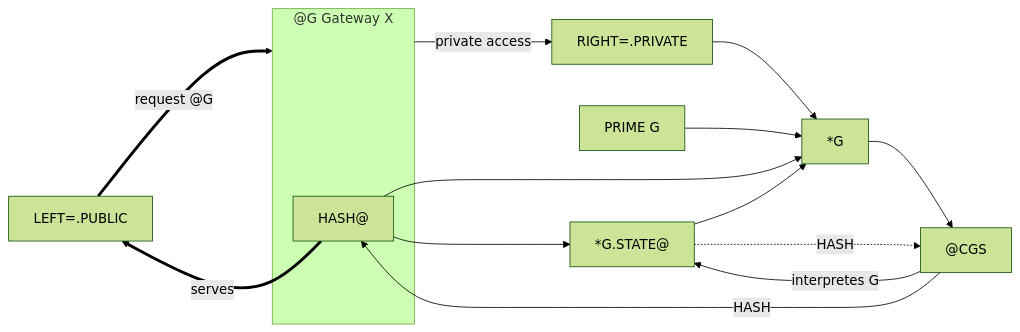
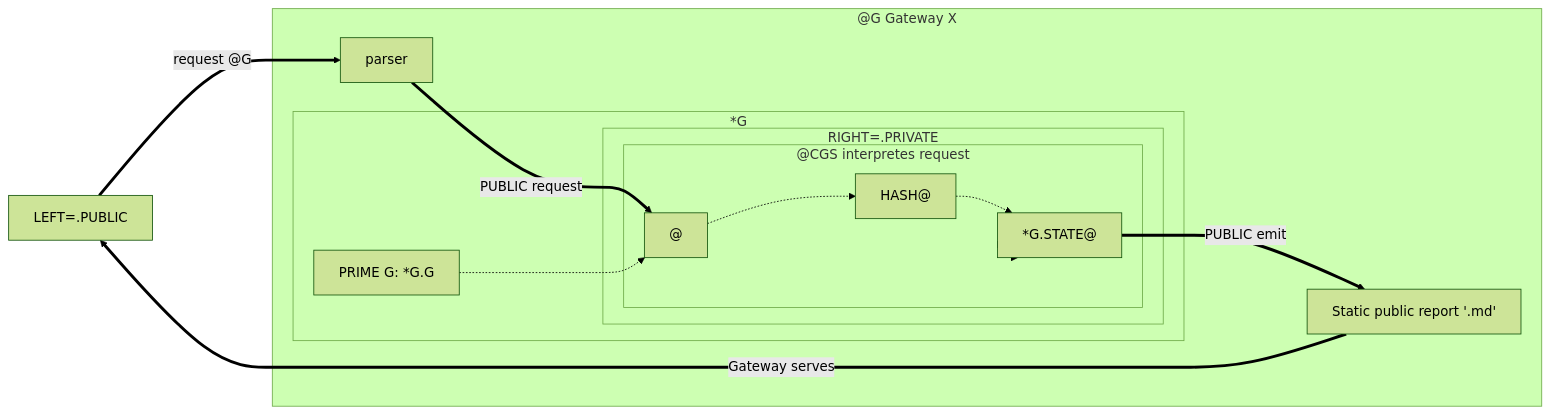
Before and after one commit to flipoyo/ComplexGitSync: the diagram in *G-STATE@-PUBLIC-PRIVATE-GATEWAY.md, drawn with Mermaid (forest theme).

Commit message:
Updated PUBLIC/PRIVATE

````diff
--- a/*G-STATE@-PUBLIC-PRIVATE-GATEWAY.md
+++ b/*G-STATE@-PUBLIC-PRIVATE-GATEWAY.md
@@ -8,28 +8,51 @@
 ```mermaid
 flowchart LR
 
 PUBLIC["LEFT=.PUBLIC"]
-PRIVATE["RIGHT=.PRIVATE"]
-ONTOLOGY["PRIME G"]
-LIVING["*G"]
-CGS["@CGS"]
-STATE["*G.STATE@"]
 
 subgraph X["@G Gateway X"]
-    CORE["HASH@"]
+  
+  PARSER["parser"]
+  REPORT["Static public report '.md'"]
+
+
+    subgraph LIVING["*G"]
+        ONTOLOGY["PRIME G: *G.G"]
+        subgraph PRIVATE["RIGHT=.PRIVATE"]
+            
+              subgraph CGS["@CGS interpretes   request"]
+            TIMESTAMP["@"]
+            HASH["HASH@"]
+            STATE["*G.STATE@"]
+        end
+
+           
+        
+        end
+
+
+        
+      
+        
+    end
 end
 
-PUBLIC ==>|request @G| X
-X -->|private access| PRIVATE
-PRIVATE --> LIVING
-ONTOLOGY --> LIVING
-LIVING --> CGS
 
-CGS --> |interpretes G| STATE
-STATE -.-> |HASH| CGS
-CGS --> |HASH| CORE
-CORE ==>|serves| PUBLIC
-CORE --> STATE
-CORE --> LIVING
+
+
+
+PUBLIC ==>|request @G| PARSER
+PARSER ==> |PUBLIC request| TIMESTAMP
+ONTOLOGY -.-> TIMESTAMP
+
+CGS -->  STATE
+TIMESTAMP -.-> HASH
+HASH -.-> STATE
+
+STATE ==> |PUBLIC emit| REPORT
+
+
+REPORT ==>|Gateway serves| PUBLIC
+
 STATE --> LIVING
 ```
````
